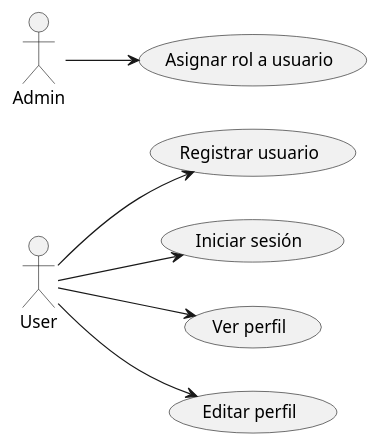
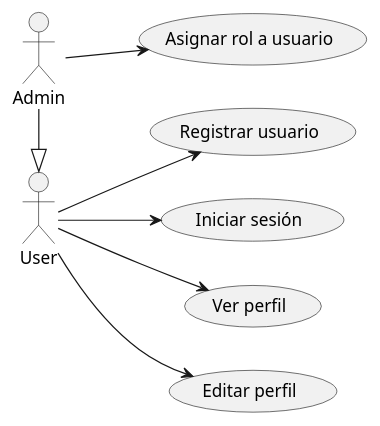
Before and after one commit to EZE404/EventsTracker: the diagram in modeling/user_management_use_cases.plantuml, drawn with PlantUML. The commit also changed 6 other files, not shown here.

```diff
--- a/modeling/user_management_use_cases.plantuml
+++ b/modeling/user_management_use_cases.plantuml
@@ -1,17 +1,17 @@
 @startuml user management
 left to right direction
 actor User
 actor Admin
-
+Admin -|> User
 usecase "Registrar usuario" as UC_Register
 usecase "Iniciar sesión" as UC_Login
 usecase "Ver perfil" as UC_ViewProfile
 usecase "Editar perfil" as UC_EditProfile
 usecase "Asignar rol a usuario" as UC_AssignRole
 
 User --> UC_Register
 User --> UC_Login
 User --> UC_ViewProfile
 User --> UC_EditProfile
 Admin --> UC_AssignRole
 @enduml
```
